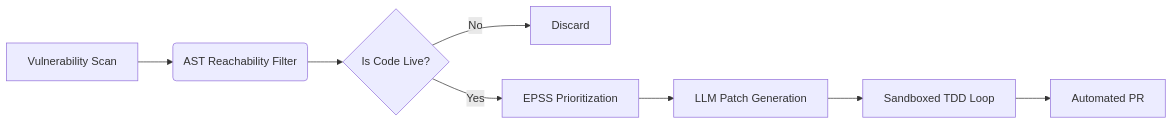
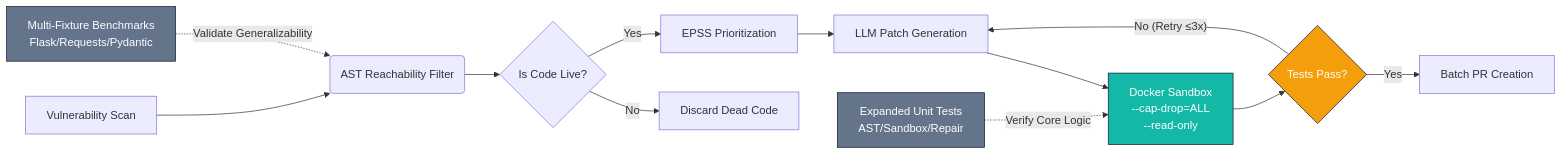
The diagram in README.md (NehaAIML/agentic-vuln-system), drawn with Mermaid before and after one commit. The commit also changed other lines of this file, not shown here.

````diff
--- a/README.md
+++ b/README.md
@@ -52,10 +157,20 @@
 ```mermaid
 graph LR
     A[Vulnerability Scan] --> B(AST Reachability Filter)
     B --> C{Is Code Live?}
-    C -- No --> D[Discard]
+    C -- No --> D[Discard Dead Code]
     C -- Yes --> E[EPSS Prioritization]
     E --> F[LLM Patch Generation]
-    F --> G[Sandboxed TDD Loop]
-    G --> H[Automated PR]
+    F --> G[Docker Sandbox\n--cap-drop=ALL\n--read-only]
+    G --> H{Tests Pass?}
+    H -- No (Retry ≤3x) --> F
+    H -- Yes --> I[Batch PR Creation]
+
+    J[Multi-Fixture Benchmarks\nFlask/Requests/Pydantic] -.->|Validate Generalizability| B
+    K[Expanded Unit Tests\nAST/Sandbox/Repair] -.->|Verify Core Logic| G
+
+    style G fill:#14B8A6,color:#fff,stroke:#0F172A
+    style H fill:#F59E0B,color:#fff,stroke:#0F172A
+    style J fill:#64748B,color:#fff,stroke:#0F172A
+    style K fill:#64748B,color:#fff,stroke:#0F172A
 ```
````
